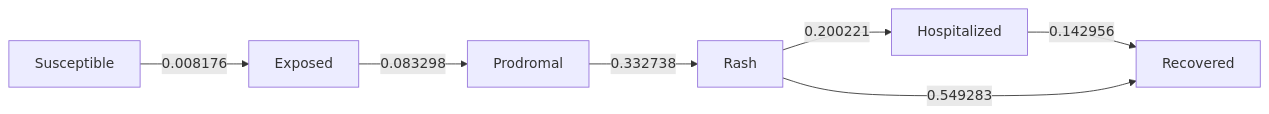
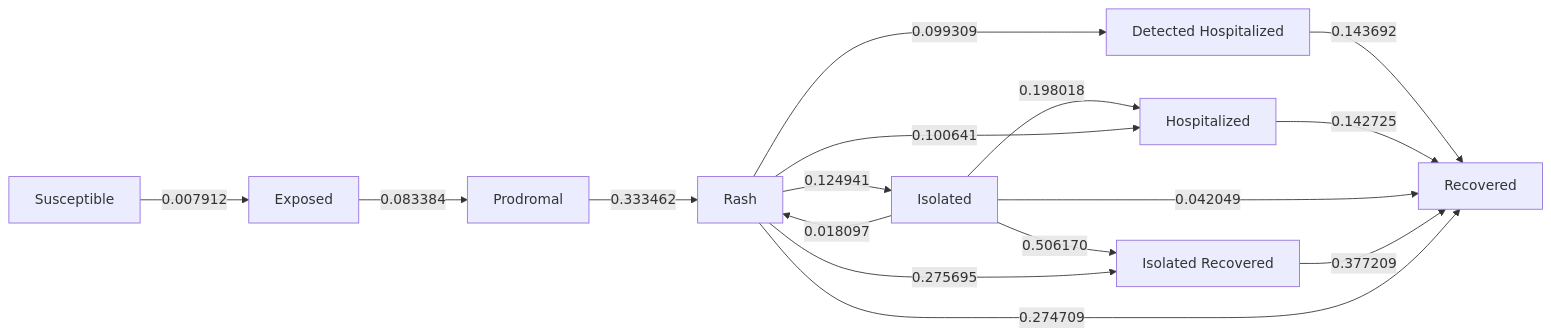
Before and after one commit to EpiForeSITE/epiworld-measles: the diagram in scenarios/canyon_grove_58/README.md, drawn with Mermaid. The commit also changed other lines of this file and 36 other files, not shown here.

````diff
--- a/scenarios/canyon_grove_58/README.md
+++ b/scenarios/canyon_grove_58/README.md
@@ -104,16 +104,28 @@
 ``` mermaid
 flowchart LR
-    s0[Exposed]
-    s1[Hospitalized]
-    s2[Prodromal]
-    s3[Rash]
-    s4[Recovered]
-    s5[Susceptible]
-    s0 -->|0.083298| s2
-    s1 -->|0.142956| s4
-    s2 -->|0.332738| s3
-    s3 -->|0.200221| s1
-    s3 -->|0.549283| s4
-    s5 -->|0.008176| s0
+    s0[Detected Hospitalized]
+    s1[Exposed]
+    s2[Hospitalized]
+    s3[Isolated]
+    s4[Isolated Recovered]
+    s5[Prodromal]
+    s6[Rash]
+    s7[Recovered]
+    s8[Susceptible]
+    s0 -->|0.143692| s7
+    s1 -->|0.083384| s5
+    s2 -->|0.142725| s7
+    s3 -->|0.198018| s2
+    s3 -->|0.506170| s4
+    s3 -->|0.018097| s6
+    s3 -->|0.042049| s7
+    s4 -->|0.377209| s7
+    s5 -->|0.333462| s6
+    s6 -->|0.099309| s0
+    s6 -->|0.100641| s2
+    s6 -->|0.124941| s3
+    s6 -->|0.275695| s4
+    s6 -->|0.274709| s7
+    s8 -->|0.007912| s1
 
 ```
````
